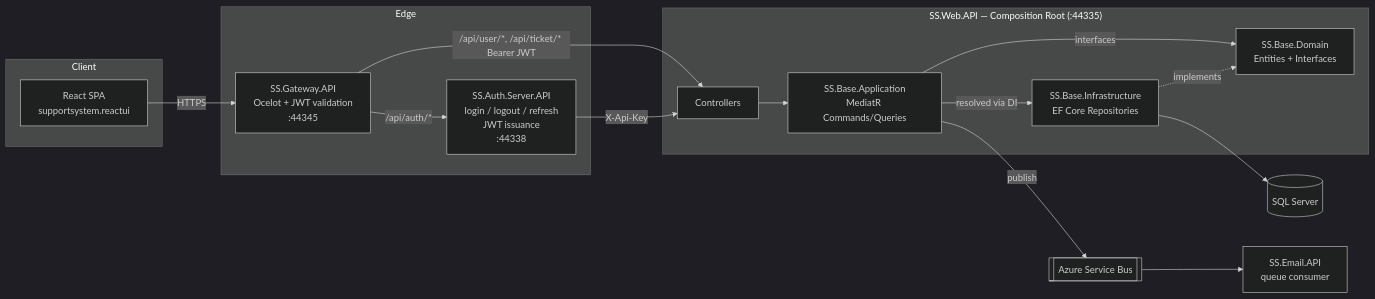
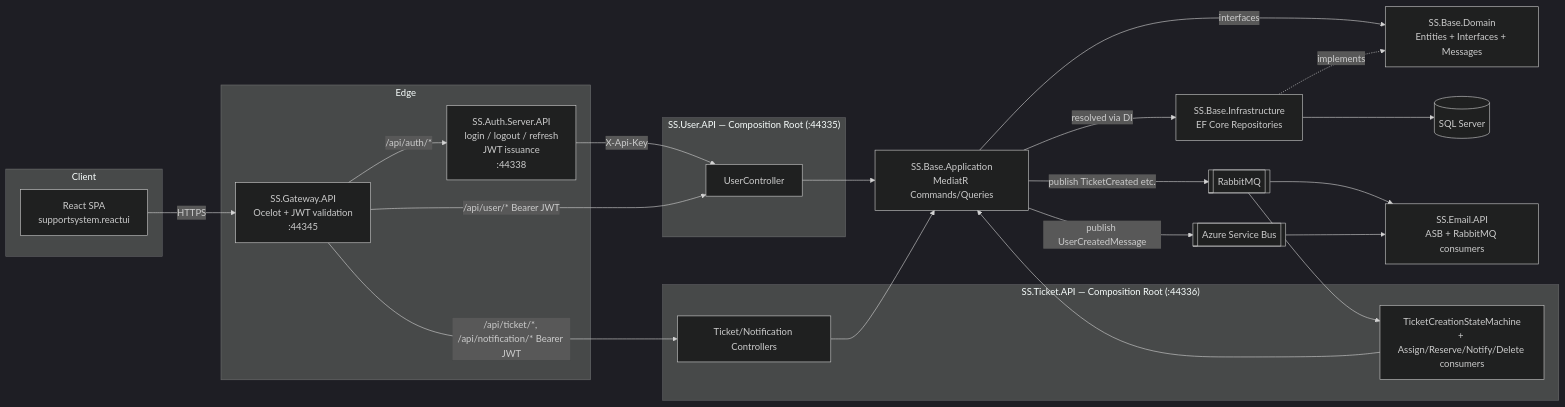
The first of 2 diagrams in SupportSystemManagement/SupportSystem/ARCHITECTURE.md (narendransekar7/Support), drawn with Mermaid (dark theme) before and after one commit. The commit also changed other lines of this file and 73 other files, not shown here.

````diff
--- a/SupportSystemManagement/SupportSystem/ARCHITECTURE.md
+++ b/SupportSystemManagement/SupportSystem/ARCHITECTURE.md
@@ -18,34 +21,47 @@
 ```mermaid
 flowchart LR
     subgraph Client
         UI[React SPA<br/>supportsystem.reactui]
     end
 
     subgraph Edge
         GW[SS.Gateway.API<br/>Ocelot + JWT validation<br/>:44345]
         AUTH[SS.Auth.Server.API<br/>login / logout / refresh<br/>JWT issuance<br/>:44338]
     end
 
-    subgraph Core["SS.Web.API — Composition Root (:44335)"]
-        API[Controllers]
-        APP[SS.Base.Application<br/>MediatR Commands/Queries]
-        DOM[SS.Base.Domain<br/>Entities + Interfaces]
-        INFRA[SS.Base.Infrastructure<br/>EF Core Repositories]
+    subgraph UserCore["SS.User.API — Composition Root (:44335)"]
+        UAPI[UserController]
     end
 
+    subgraph TicketCore["SS.Ticket.API — Composition Root (:44336)"]
+        TAPI[Ticket/Notification Controllers]
+        SAGA[TicketCreationStateMachine<br/>+ Assign/Reserve/Notify/Delete consumers]
+    end
+
+    APP[SS.Base.Application<br/>MediatR Commands/Queries]
+    DOM[SS.Base.Domain<br/>Entities + Interfaces + Messages]
+    INFRA[SS.Base.Infrastructure<br/>EF Core Repositories]
+
     DB[(SQL Server)]
-    BUS[[Azure Service Bus]]
-    EMAIL[SS.Email.API<br/>queue consumer]
+    ASB[[Azure Service Bus]]
+    MQ[[RabbitMQ]]
+    EMAIL[SS.Email.API<br/>ASB + RabbitMQ consumers]
 
     UI -->|HTTPS| GW
     GW -->|/api/auth/*| AUTH
-    GW -->|/api/user/*, /api/ticket/* Bearer JWT| API
-    AUTH -->|X-Api-Key| API
-    API --> APP
+    GW -->|/api/user/* Bearer JWT| UAPI
+    GW -->|/api/ticket/*, /api/notification/* Bearer JWT| TAPI
+    AUTH -->|X-Api-Key| UAPI
+    UAPI --> APP
+    TAPI --> APP
+    SAGA --> APP
     APP -->|interfaces| DOM
     INFRA -.implements.-> DOM
     APP -->|resolved via DI| INFRA
     INFRA --> DB
-    APP -->|publish| BUS
-    BUS --> EMAIL
+    APP -->|publish TicketCreated etc.| MQ
+    MQ --> SAGA
+    MQ --> EMAIL
+    APP -->|publish UserCreatedMessage| ASB
+    ASB --> EMAIL
 ```
````
